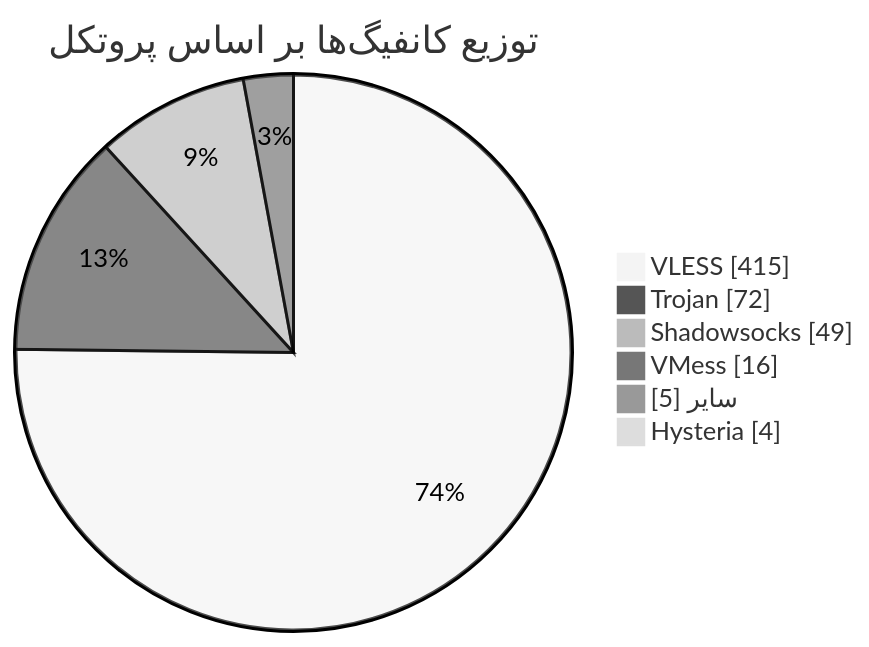
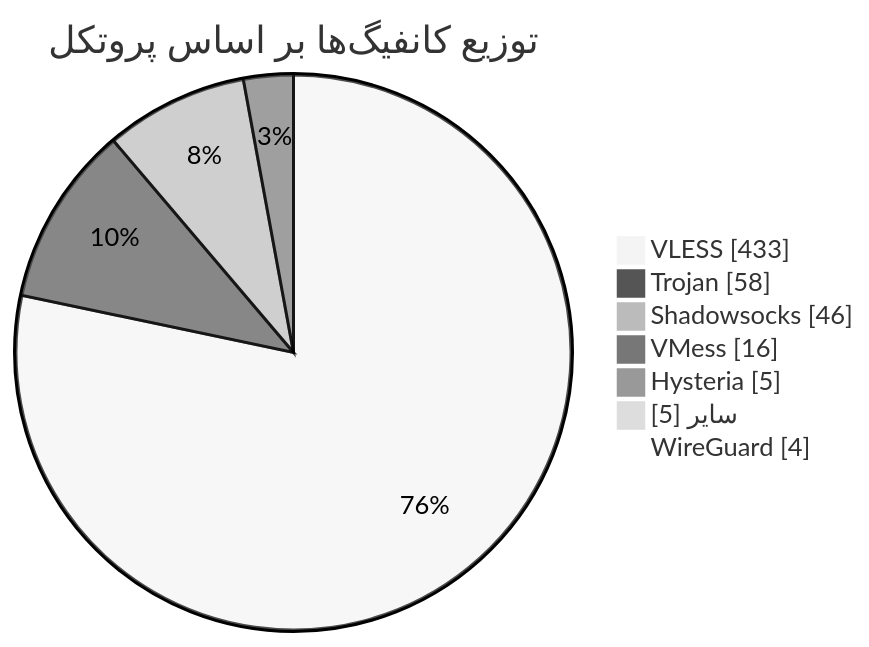
Before and after one commit to Arian-Alijani/Somthing: the diagram in README.md, drawn with Mermaid (neutral theme). The commit also changed other lines of this file and 21 other files, not shown here.

````diff
--- a/README.md
+++ b/README.md
@@ -48,10 +49,11 @@
 ```mermaid
 pie showData
     title توزیع کانفیگ‌ها بر اساس پروتکل
-    "VLESS" : 415
-    "Trojan" : 72
-    "Shadowsocks" : 49
+    "VLESS" : 433
+    "Trojan" : 58
+    "Shadowsocks" : 46
     "VMess" : 16
+    "Hysteria" : 5
     "سایر" : 5
-    "Hysteria" : 4
+    "WireGuard" : 4
 ```
````
